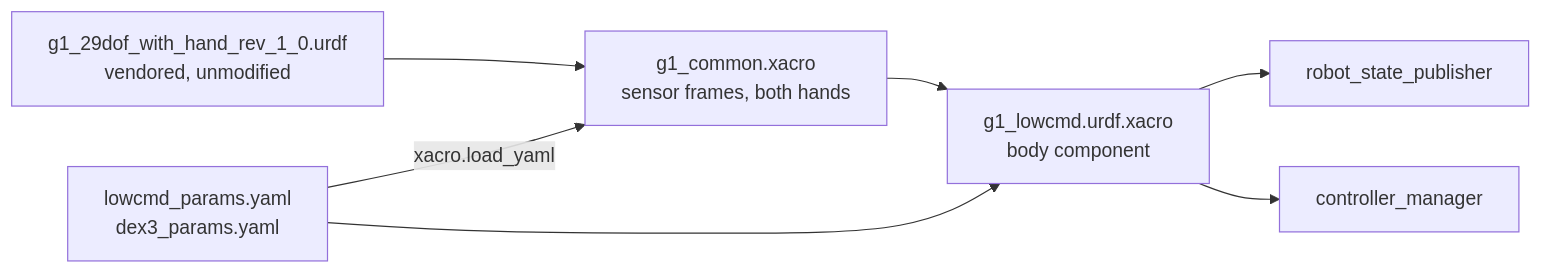
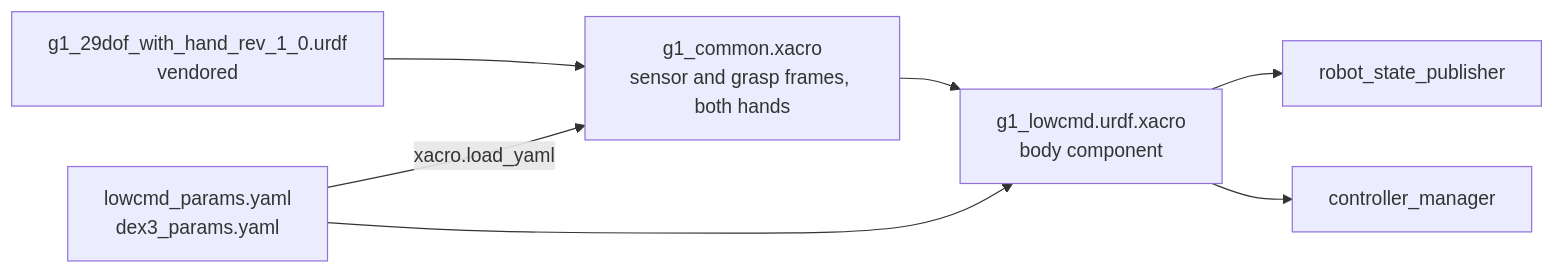
One commit to Adyansh04/grove-g1 changed the diagram in workspace/src/g1_description/README.md. Above: the diagram before and after it, drawn with Mermaid. The commit also changed other lines of this file and 327 other files, not shown here.

````diff
--- a/workspace/src/g1_description/README.md
+++ b/workspace/src/g1_description/README.md
@@ -8,9 +8,9 @@
 ```mermaid
 flowchart LR
-    V["g1_29dof_with_hand_rev_1_0.urdf<br/>vendored, unmodified"] --> C
-    C["g1_common.xacro<br/>sensor frames, both hands"] --> X["g1_lowcmd.urdf.xacro<br/>body component"]
+    V["g1_29dof_with_hand_rev_1_0.urdf<br/>vendored"] --> C
+    C["g1_common.xacro<br/>sensor and grasp frames, both hands"] --> X["g1_lowcmd.urdf.xacro<br/>body component"]
     P["lowcmd_params.yaml<br/>dex3_params.yaml"] -- "xacro.load_yaml" --> C
     P --> X
     X --> RSP["robot_state_publisher"]
     X --> CM["controller_manager"]
 ```
````
